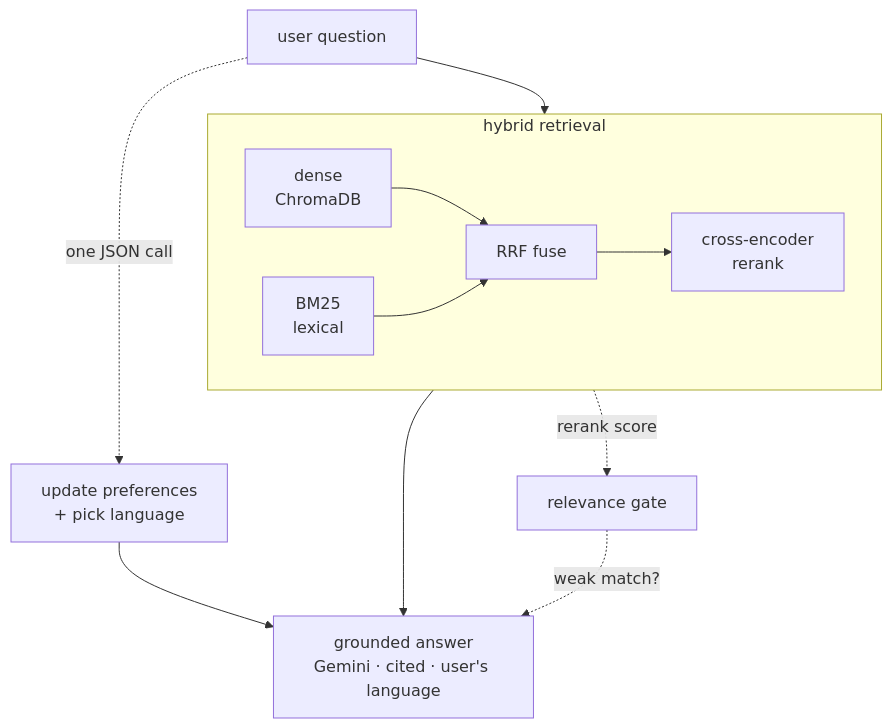
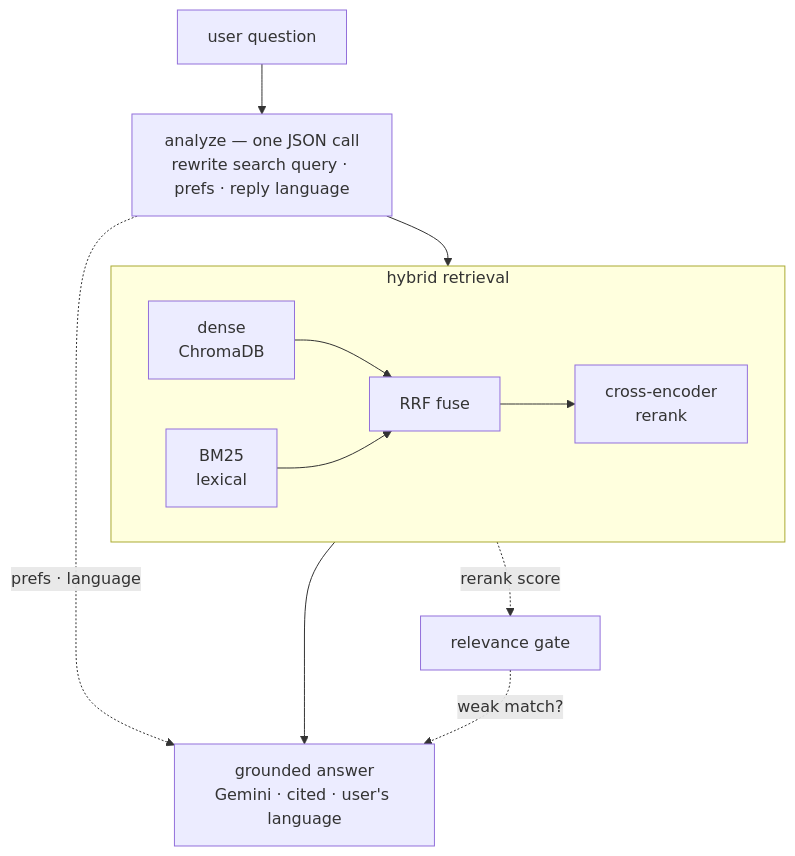
One commit to OfirOhan/bleader-ai-chatbot changed the second of 2 diagrams in README.md. Above: the diagram before and after it, drawn with Mermaid. The commit also changed other lines of this file and 13 other files, not shown here.

````diff
--- a/README.md
+++ b/README.md
@@ -35,15 +39,16 @@
 ```mermaid
 flowchart TB
-    Q[user question] --> R
+    Q[user question] --> P[analyze — one JSON call<br/>rewrite search query · prefs · reply language]
+    P --> R
 
     subgraph R [hybrid retrieval]
         direction LR
         D[dense<br/>ChromaDB] --> F[RRF fuse]
         B[BM25<br/>lexical] --> F
         F --> X[cross-encoder<br/>rerank]
     end
 
     R --> G[grounded answer<br/>Gemini · cited · user's language]
     R -.rerank score.-> Gate[relevance gate] -.weak match?.-> G
-    Q -.one JSON call.-> P[update preferences<br/>+ pick language] --> G
+    P -.prefs · language.-> G
 ```
````
